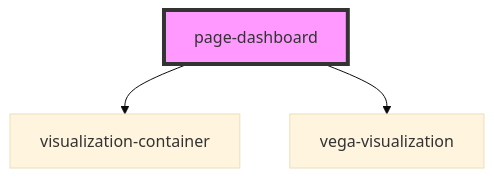
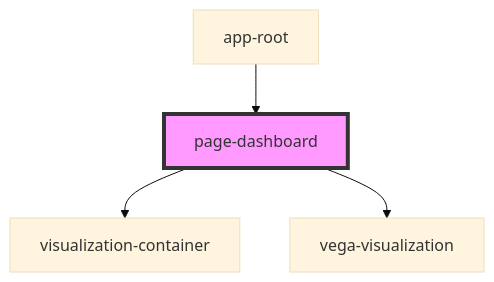
Before and after one commit to Symmetronic/covid-19-dwt-analysis: the diagram in src/pages/dashboard/readme.md, drawn with Mermaid (base theme). The commit also changed other lines of this file and 17 other files, not shown here.

````diff
--- a/src/pages/dashboard/readme.md
+++ b/src/pages/dashboard/readme.md
@@ -25,6 +29,7 @@
 ```mermaid
 graph TD;
   page-dashboard --> visualization-container
   page-dashboard --> vega-visualization
+  app-root --> page-dashboard
   style page-dashboard fill:#f9f,stroke:#333,stroke-width:4px
 ```
````
